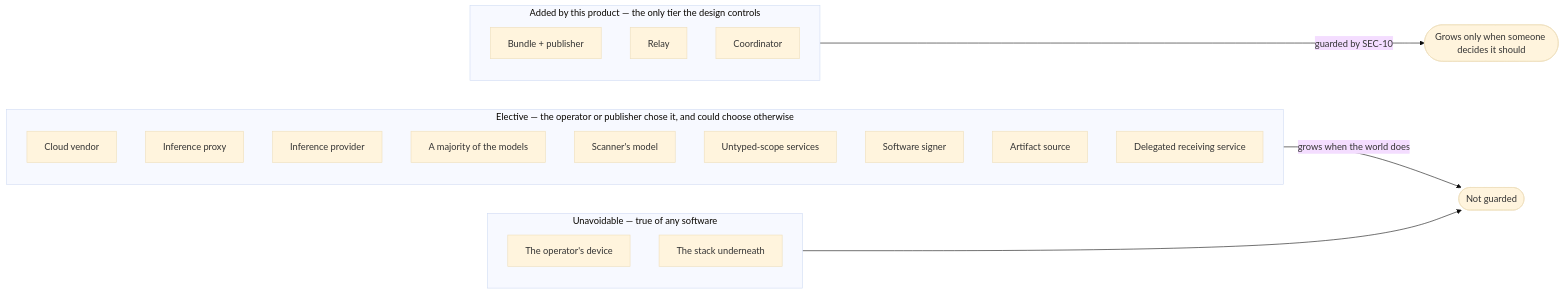
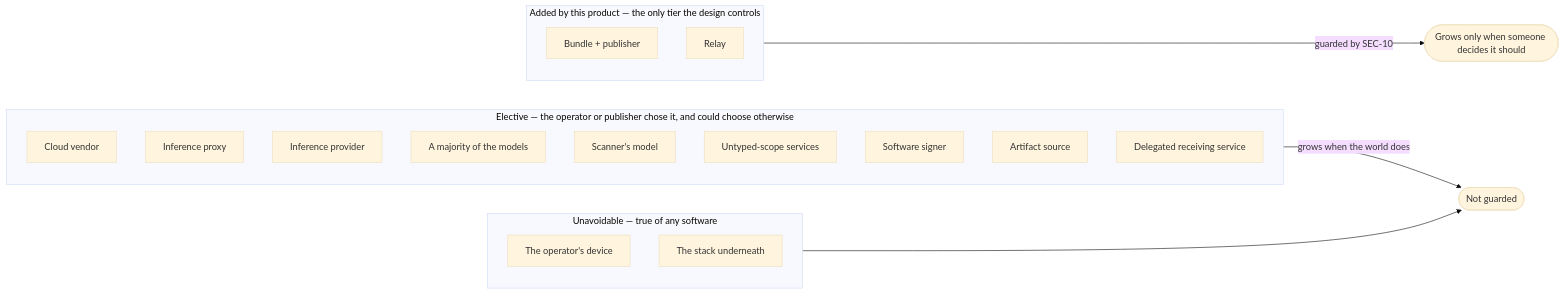
The diagram in 05-trust.md (douglaz/tau-web-spec), drawn with Mermaid (base theme) before and after one commit. The commit also changed 11 other files, not shown here.

````diff
--- a/05-trust.md
+++ b/05-trust.md
@@ -10,26 +10,25 @@
 ```mermaid
 flowchart LR
     subgraph U["Unavoidable — true of any software"]
         U1[The operator's device]
         U2[The stack underneath]
     end
     subgraph E["Elective — the operator or publisher chose it, and could choose otherwise"]
         E1[Cloud vendor]
         E2[Inference proxy]
         E3[Inference provider]
         E4[A majority of the models]
         E5[Scanner's model]
         E6[Untyped-scope services]
         E7[Software signer]
         E8[Artifact source]
         E9[Delegated receiving service]
     end
     subgraph A["Added by this product — the only tier the design controls"]
         A1[Bundle + publisher]
         A2[Relay]
-        A3[Coordinator]
     end
     A -->|"guarded by SEC-10"| GUARD([Grows only when someone decides it should])
     E -->|grows when the world does| WORLD([Not guarded])
     U --> WORLD
 ```
````
